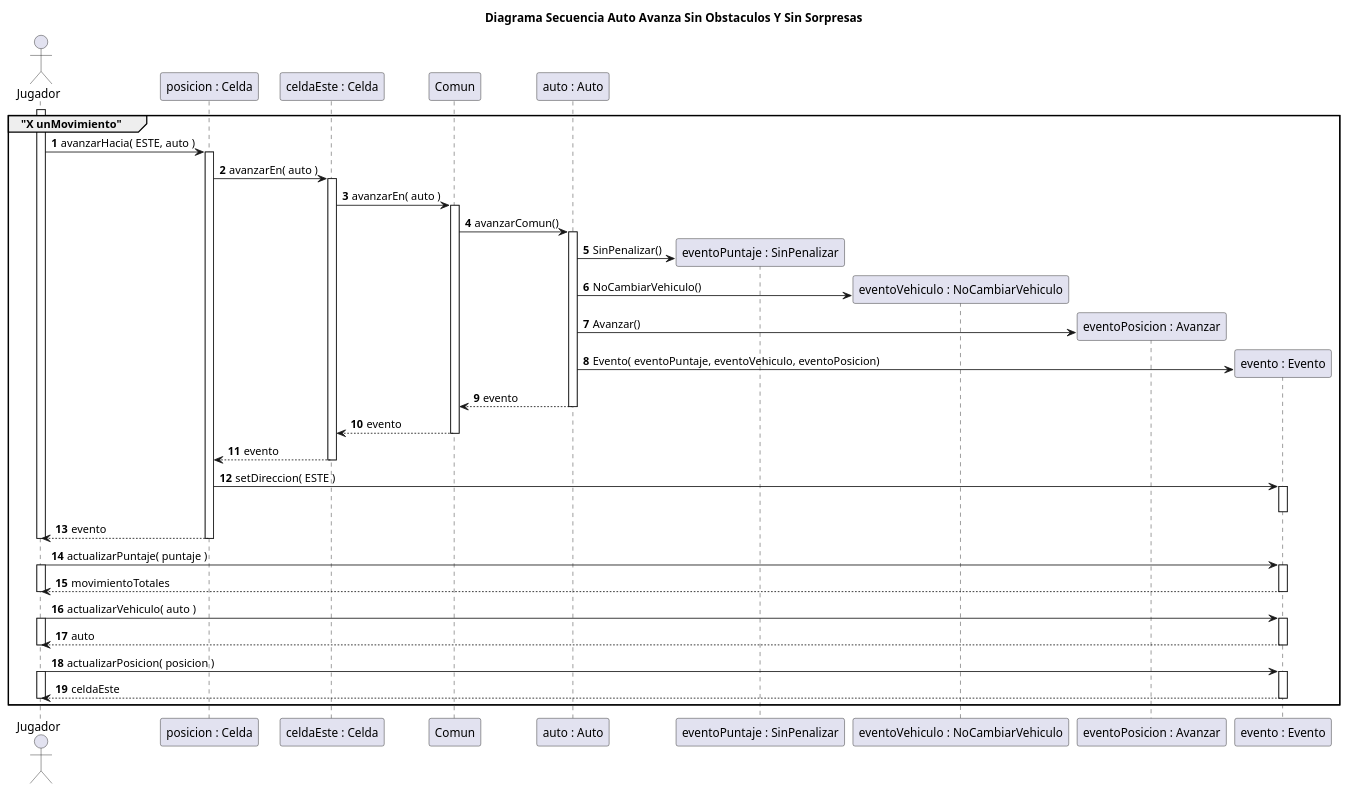
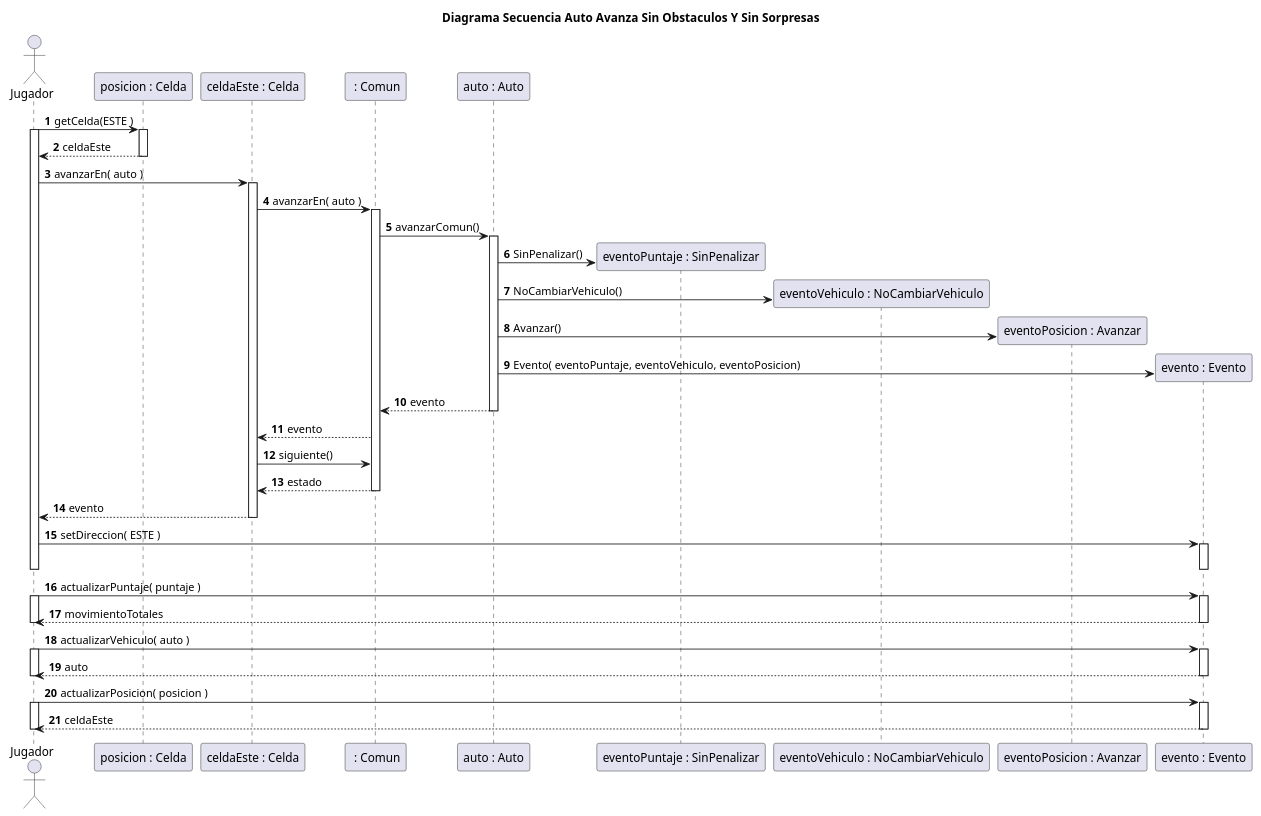
The diagram in diagrams/sequences/entrega1/actualizados/DiagramaSecuenciaCasoSinObstaculosSinSorpresas.puml (rodrigovzq/algo3_tp2), drawn with PlantUML before and after one commit. The commit also changed 6 other files, not shown here.

Commit message:
Actualize diagramas primera entrega

```diff
--- a/diagrams/sequences/entrega1/actualizados/DiagramaSecuenciaCasoSinObstaculosSinSorpresas.puml
+++ b/diagrams/sequences/entrega1/actualizados/DiagramaSecuenciaCasoSinObstaculosSinSorpresas.puml
@@ -1,57 +1,58 @@
 @startuml
 title Diagrama Secuencia Auto Avanza Sin Obstaculos Y Sin Sorpresas
 autonumber
 actor Jugador
 
-group "X unMovimiento"
+Jugador -> "posicion : Celda"++: getCelda(ESTE )
 activate Jugador
+"posicion : Celda" --> Jugador: celdaEste
+deactivate "posicion : Celda"
+ Jugador -> "celdaEste : Celda"++: avanzarEn( auto )
 
-Jugador -> "posicion : Celda"++: avanzarHacia( ESTE, auto )
-
-"posicion : Celda" -> "celdaEste : Celda"++: avanzarEn( auto )
-
-"celdaEste : Celda" -> Comun++: avanzarEn( auto )
-Comun -> "auto : Auto"++: avanzarComun()
+"celdaEste : Celda" -> " : Comun"++: avanzarEn( auto )
+" : Comun" -> "auto : Auto"++: avanzarComun()
 
 create "eventoPuntaje : SinPenalizar"
 "auto : Auto" -> "eventoPuntaje : SinPenalizar": SinPenalizar()
 
 create "eventoVehiculo : NoCambiarVehiculo"
 "auto : Auto"  -> "eventoVehiculo : NoCambiarVehiculo": NoCambiarVehiculo()
 
 create "eventoPosicion : Avanzar"
 "auto : Auto"  -> "eventoPosicion : Avanzar": Avanzar()
 
 create "evento : Evento"
 "auto : Auto"  -> "evento : Evento": Evento( eventoPuntaje, eventoVehiculo, eventoPosicion)
 
-"auto : Auto" --> Comun: evento
+"auto : Auto" --> " : Comun": evento
 deactivate "auto : Auto"
 
-Comun --> "celdaEste : Celda": evento
-deactivate Comun
-"celdaEste : Celda" --> "posicion : Celda": evento
+" : Comun" --> "celdaEste : Celda": evento
+"celdaEste : Celda" -> " : Comun": siguiente()
+" : Comun" --> "celdaEste : Celda": estado
+deactivate " : Comun"
+"celdaEste : Celda" --> Jugador: evento
 deactivate "celdaEste : Celda"
 
-"posicion : Celda" -> "evento : Evento"++: setDireccion( ESTE )
+Jugador -> "evento : Evento"++: setDireccion( ESTE )
 deactivate "evento : Evento"
-"posicion : Celda" --> Jugador--: evento
+
 deactivate Jugador
 
 Jugador -> "evento : Evento"++: actualizarPuntaje( puntaje )
 activate Jugador
 Jugador <-- "evento : Evento"--: movimientoTotales
 deactivate Jugador
 
 Jugador -> "evento : Evento"++: actualizarVehiculo( auto )
 activate Jugador
 Jugador <-- "evento : Evento"--: auto
 deactivate Jugador
 
 Jugador -> "evento : Evento"++: actualizarPosicion( posicion )
 activate Jugador
 Jugador <-- "evento : Evento"--: celdaEste
 deactivate Jugador
-end
+
 
 @enduml
```
